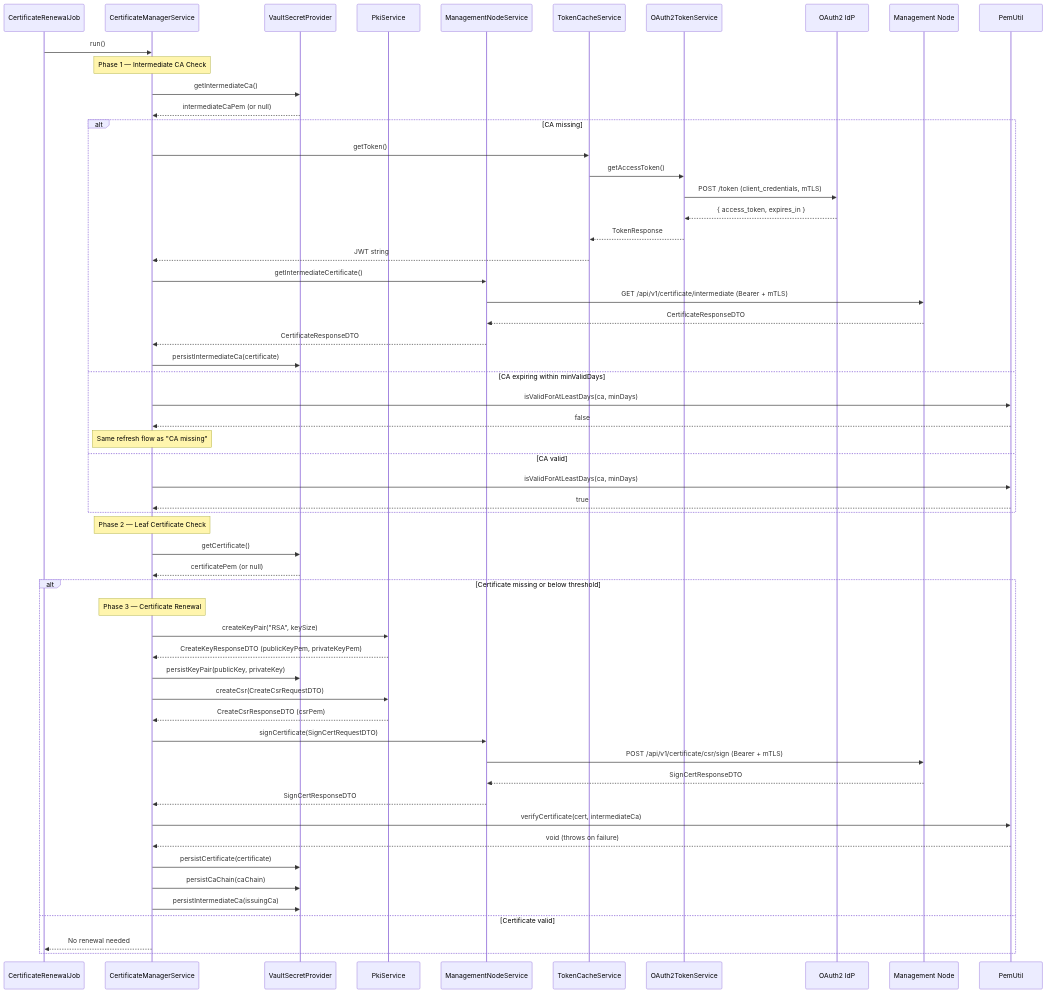
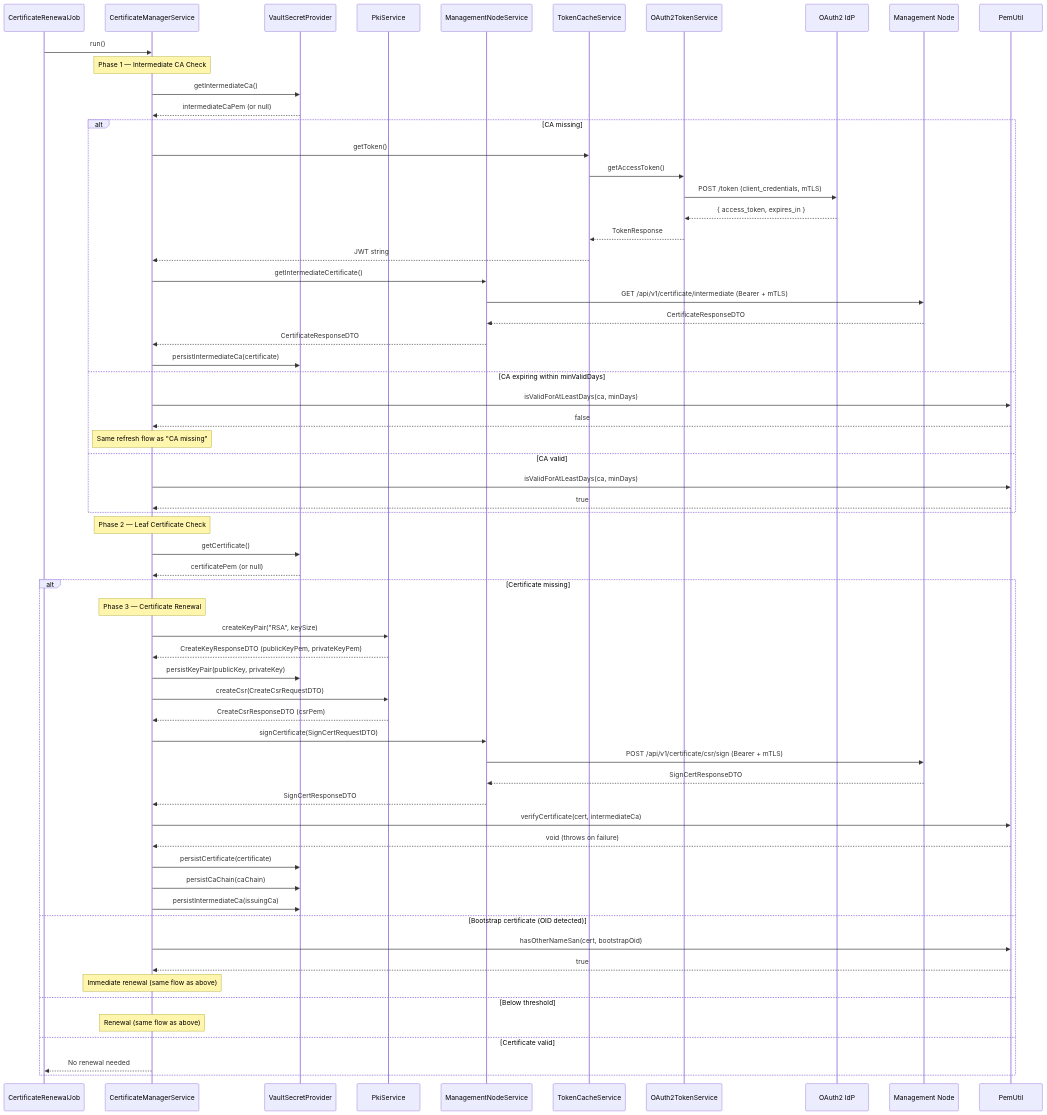
The second of 5 diagrams in docs/certificate-lifecycle.md (National-Digital-Twin/federator-certificate-manager), drawn with Mermaid before and after one commit. The commit also changed other lines of this file and 3 other files, not shown here.

````diff
--- a/docs/certificate-lifecycle.md
+++ b/docs/certificate-lifecycle.md
@@ -43,71 +45,77 @@
 ```mermaid
 sequenceDiagram
     participant Scheduler as CertificateRenewalJob
     participant CMS as CertificateManagerService
     participant VSP as VaultSecretProvider
     participant PKI as PkiService
     participant MNS as ManagementNodeService
     participant TCS as TokenCacheService
     participant OTS as OAuth2TokenService
     participant IdP as OAuth2 IdP
     participant MN as Management Node
     participant PU as PemUtil
 
     Scheduler->>CMS: run()
 
     Note over CMS: Phase 1 — Intermediate CA Check
     CMS->>VSP: getIntermediateCa()
     VSP-->>CMS: intermediateCaPem (or null)
 
     alt CA missing
         CMS->>TCS: getToken()
         TCS->>OTS: getAccessToken()
         OTS->>IdP: POST /token (client_credentials, mTLS)
         IdP-->>OTS: { access_token, expires_in }
         OTS-->>TCS: TokenResponse
         TCS-->>CMS: JWT string
 
         CMS->>MNS: getIntermediateCertificate()
         MNS->>MN: GET /api/v1/certificate/intermediate (Bearer + mTLS)
         MN-->>MNS: CertificateResponseDTO
         MNS-->>CMS: CertificateResponseDTO
 
         CMS->>VSP: persistIntermediateCa(certificate)
     else CA expiring within minValidDays
         CMS->>PU: isValidForAtLeastDays(ca, minDays)
         PU-->>CMS: false
         Note over CMS: Same refresh flow as "CA missing"
     else CA valid
         CMS->>PU: isValidForAtLeastDays(ca, minDays)
         PU-->>CMS: true
     end
 
     Note over CMS: Phase 2 — Leaf Certificate Check
     CMS->>VSP: getCertificate()
     VSP-->>CMS: certificatePem (or null)
 
-    alt Certificate missing or below threshold
+    alt Certificate missing
         Note over CMS: Phase 3 — Certificate Renewal
         CMS->>PKI: createKeyPair("RSA", keySize)
         PKI-->>CMS: CreateKeyResponseDTO (publicKeyPem, privateKeyPem)
 
         CMS->>VSP: persistKeyPair(publicKey, privateKey)
 
         CMS->>PKI: createCsr(CreateCsrRequestDTO)
         PKI-->>CMS: CreateCsrResponseDTO (csrPem)
 
         CMS->>MNS: signCertificate(SignCertRequestDTO)
         MNS->>MN: POST /api/v1/certificate/csr/sign (Bearer + mTLS)
         MN-->>MNS: SignCertResponseDTO
         MNS-->>CMS: SignCertResponseDTO
 
         CMS->>PU: verifyCertificate(cert, intermediateCa)
         PU-->>CMS: void (throws on failure)
 
         CMS->>VSP: persistCertificate(certificate)
         CMS->>VSP: persistCaChain(caChain)
         CMS->>VSP: persistIntermediateCa(issuingCa)
+    else Bootstrap certificate (OID detected)
+        CMS->>PU: hasOtherNameSan(cert, bootstrapOid)
+        PU-->>CMS: true
+        Note over CMS: Immediate renewal (same flow as above)
+    else Below threshold
+        Note over CMS: Renewal (same flow as above)
     else Certificate valid
         CMS-->>Scheduler: No renewal needed
     end
 ```
````
